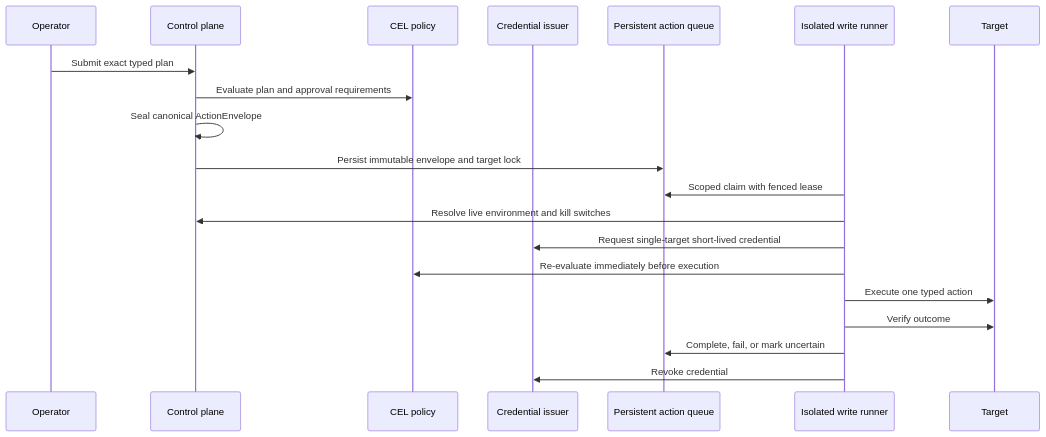
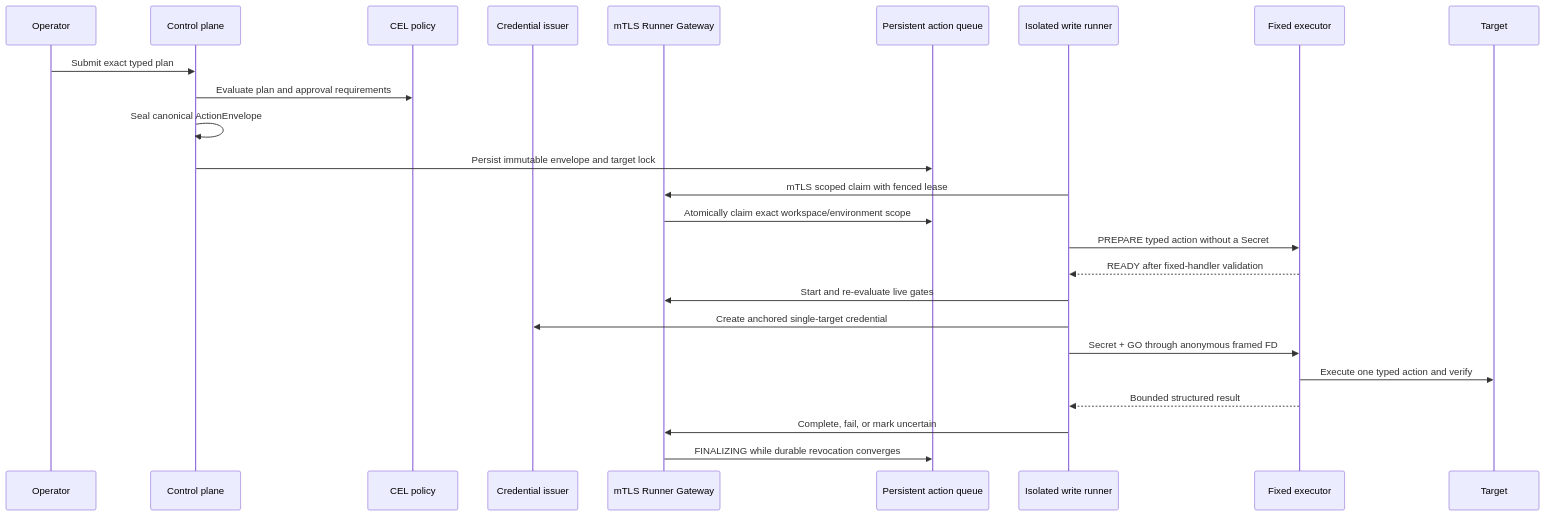
One commit to seaworld008/aiops-system changed the second of 2 diagrams in docs/architecture/overview.md. Above: the diagram before and after it, drawn with Mermaid. The commit also changed other lines of this file and 64 other files, not shown here.

````diff
--- a/docs/architecture/overview.md
+++ b/docs/architecture/overview.md
@@ -85,23 +89,28 @@
 ```mermaid
 sequenceDiagram
     participant U as Operator
     participant C as Control plane
     participant P as CEL policy
     participant V as Credential issuer
+    participant G as mTLS Runner Gateway
     participant Q as Persistent action queue
     participant R as Isolated write runner
+    participant E as Fixed executor
     participant T as Target
 
     U->>C: Submit exact typed plan
     C->>P: Evaluate plan and approval requirements
     C->>C: Seal canonical ActionEnvelope
     C->>Q: Persist immutable envelope and target lock
-    R->>Q: Scoped claim with fenced lease
-    R->>C: Resolve live environment and kill switches
-    R->>V: Request single-target short-lived credential
-    R->>P: Re-evaluate immediately before execution
-    R->>T: Execute one typed action
-    R->>T: Verify outcome
-    R->>Q: Complete, fail, or mark uncertain
-    R->>V: Revoke credential
+    R->>G: mTLS scoped claim with fenced lease
+    G->>Q: Atomically claim exact workspace/environment scope
+    R->>E: PREPARE typed action without a Secret
+    E-->>R: READY after fixed-handler validation
+    R->>G: Start and re-evaluate live gates
+    R->>V: Create anchored single-target credential
+    R->>E: Secret + GO through anonymous framed FD
+    E->>T: Execute one typed action and verify
+    E-->>R: Bounded structured result
+    R->>G: Complete, fail, or mark uncertain
+    G->>Q: FINALIZING while durable revocation converges
 ```
````
